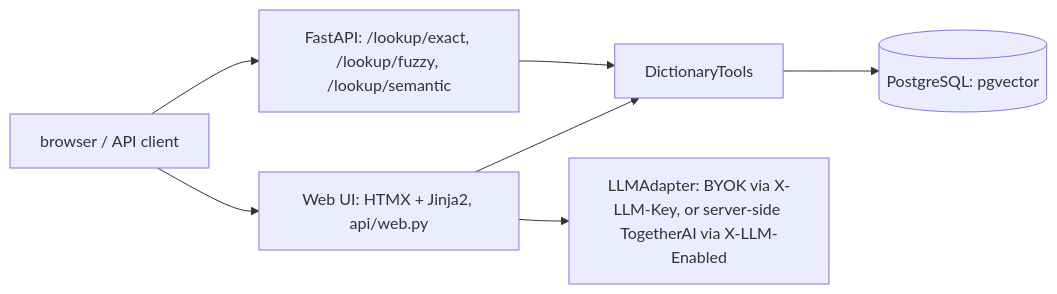
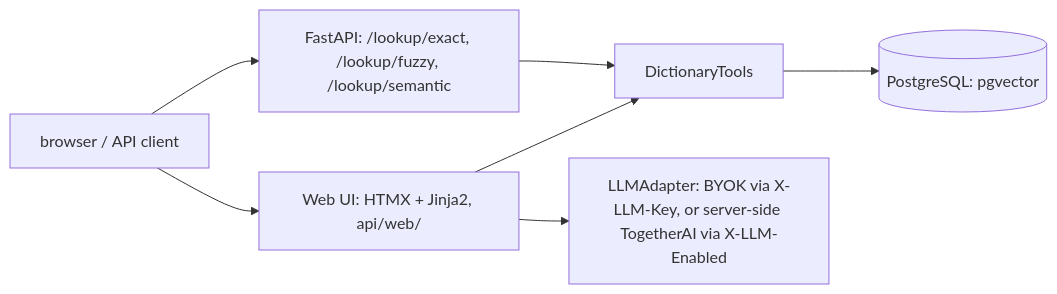
The third of 5 diagrams in docs/architecture.md (sachn1/linguaalayam), drawn with Mermaid before and after one commit. The commit also changed other lines of this file and 1 other file, not shown here.

Commit message:
docs: fix module references stale from the api/web.py -> api/web/ package split

````diff
--- a/docs/architecture.md
+++ b/docs/architecture.md
@@ -54,9 +54,9 @@
 ```mermaid
 flowchart LR
     B[browser / API client] --> F[FastAPI: /lookup/exact, /lookup/fuzzy, /lookup/semantic]
-    B --> W[Web UI: HTMX + Jinja2, api/web.py]
+    B --> W[Web UI: HTMX + Jinja2, api/web/]
     W --> DT[DictionaryTools]
     F --> DT
     DT --> DB[(PostgreSQL: pgvector)]
     W --> L[LLMAdapter: BYOK via X-LLM-Key, or server-side TogetherAI via X-LLM-Enabled]
 ```
````
